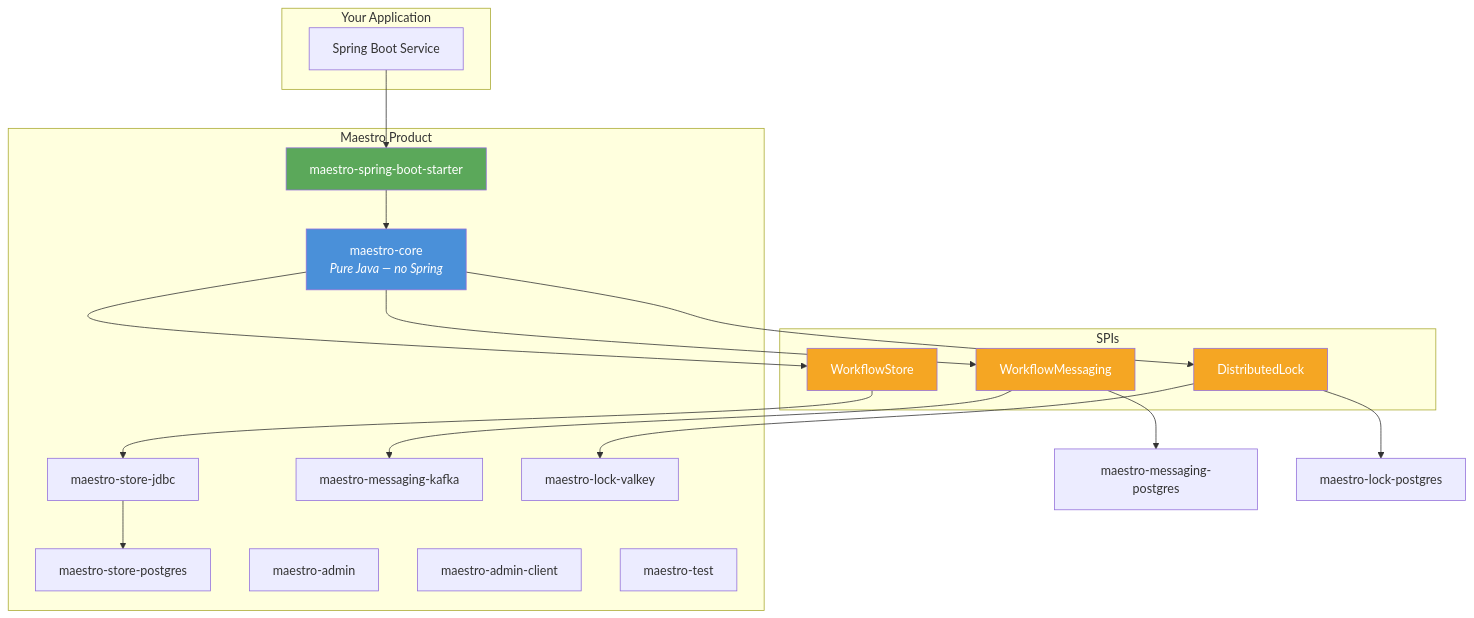
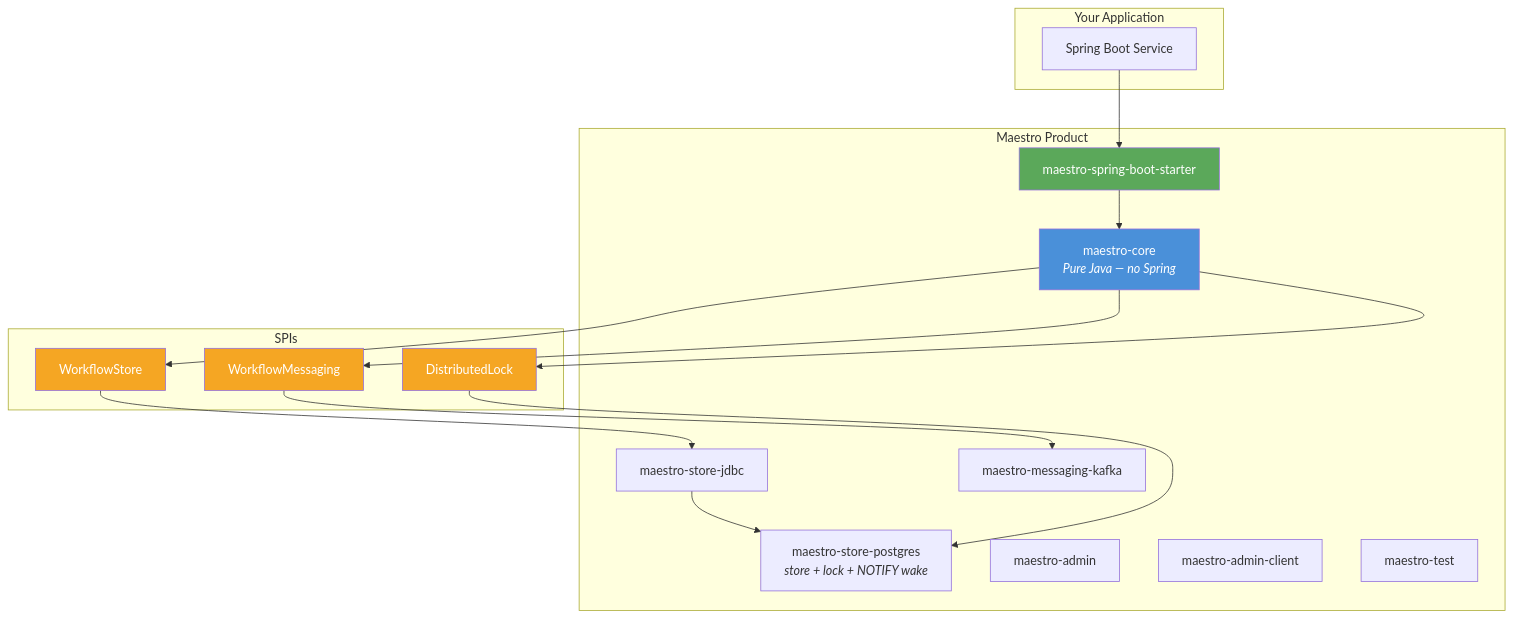
One commit to rakheen-dama/maestro changed the second of 15 diagrams in docs/maestro-architecture.md. Above: the diagram before and after it, drawn with Mermaid. The commit also changed other lines of this file and 22 other files, not shown here.

First line of the commit message:
docs: Postgres + Kafka is the whole stack — remove Valkey and the Postgres transport from every guide

````diff
--- a/docs/maestro-architecture.md
+++ b/docs/maestro-architecture.md
@@ -74,41 +71,38 @@
 ```mermaid
 graph TB
     subgraph "Your Application"
         APP["Spring Boot Service"]
     end
 
     subgraph "Maestro Product"
         STARTER["maestro-spring-boot-starter"]
         CORE["maestro-core<br/><i>Pure Java — no Spring</i>"]
-        STORE_PG["maestro-store-postgres"]
+        STORE_PG["maestro-store-postgres<br/><i>store + lock + NOTIFY wake</i>"]
         STORE_JDBC["maestro-store-jdbc"]
         MSG_KAFKA["maestro-messaging-kafka"]
-        LOCK_VALKEY["maestro-lock-valkey"]
         ADMIN["maestro-admin"]
         ADMIN_CLIENT["maestro-admin-client"]
         TEST["maestro-test"]
     end
 
     subgraph "SPIs"
         SPI_STORE["WorkflowStore"]
         SPI_MSG["WorkflowMessaging"]
         SPI_LOCK["DistributedLock"]
     end
 
     APP --> STARTER
     STARTER --> CORE
     CORE --> SPI_STORE
     CORE --> SPI_MSG
     CORE --> SPI_LOCK
     SPI_STORE --> STORE_JDBC --> STORE_PG
     SPI_MSG --> MSG_KAFKA
-    SPI_MSG --> MSG_PG["maestro-messaging-postgres"]
-    SPI_LOCK --> LOCK_VALKEY
-    SPI_LOCK --> LOCK_PG["maestro-lock-postgres"]
+    SPI_LOCK --> STORE_PG
 
     style CORE fill:#4A90D9,color:#fff
     style STARTER fill:#5BA85A,color:#fff
     style SPI_STORE fill:#F5A623,color:#fff
     style SPI_MSG fill:#F5A623,color:#fff
     style SPI_LOCK fill:#F5A623,color:#fff
 ```
````
